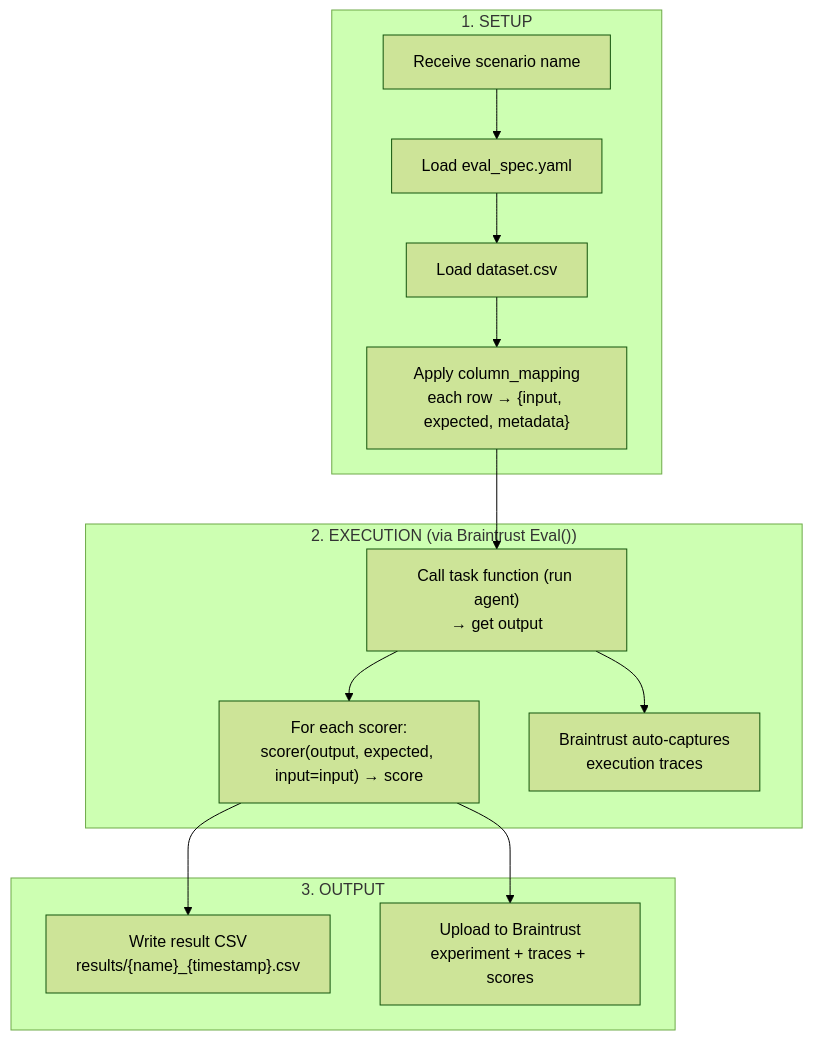
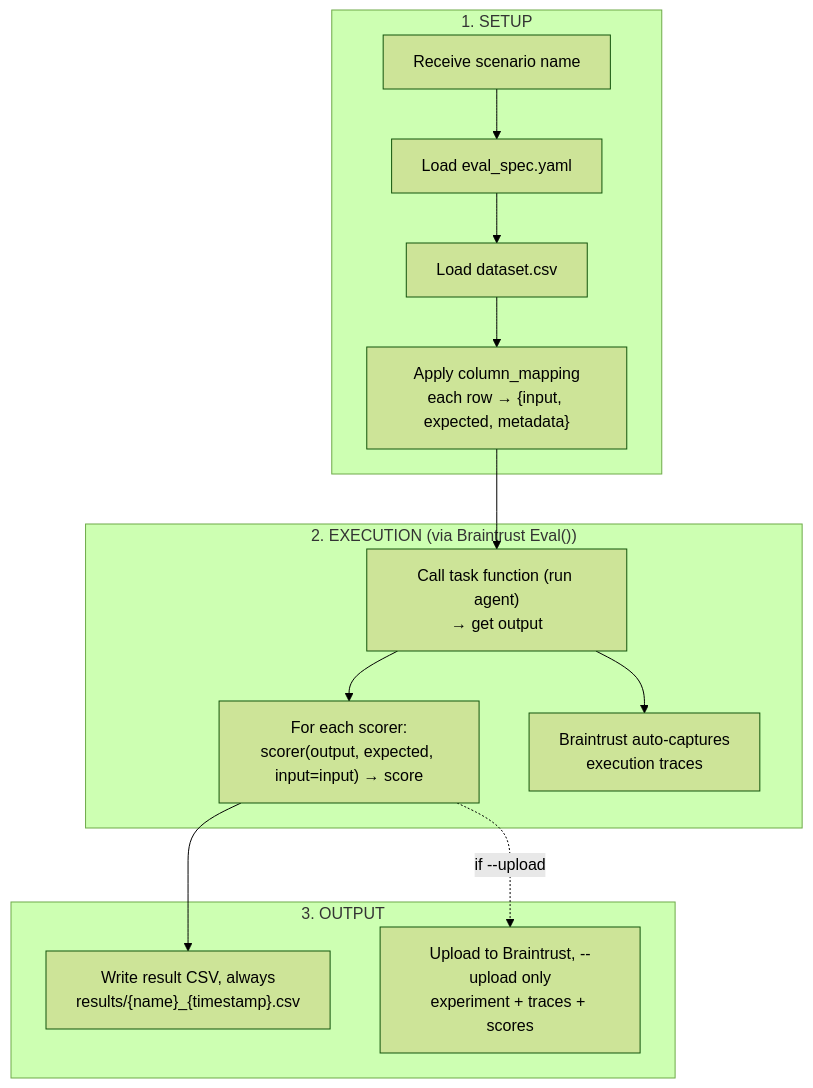
Before and after one commit to wei-yiting/fin-lab-x: the second of 3 diagrams in backend/evals/ARCHITECTURE.md, drawn with Mermaid (forest theme). The commit also changed other lines of this file and 7 other files, not shown here.

````diff
--- a/backend/evals/ARCHITECTURE.md
+++ b/backend/evals/ARCHITECTURE.md
@@ -28,27 +28,27 @@
 ```mermaid
 graph TD
     subgraph Setup["1. SETUP"]
         Name["Receive scenario name"]
         ReadConfig["Load eval_spec.yaml"]
         ReadCSV["Load dataset.csv"]
         Transform["Apply column_mapping<br/>each row → {input, expected, metadata}"]
         Name --> ReadConfig --> ReadCSV --> Transform
     end
 
     subgraph Execution["2. EXECUTION (via Braintrust Eval())"]
         Task["Call task function (run agent)<br/>→ get output"]
         Score["For each scorer:<br/>scorer(output, expected, input=input) → score"]
         Trace["Braintrust auto-captures<br/>execution traces"]
         Task --> Score
         Task --> Trace
     end
 
     subgraph Output["3. OUTPUT"]
-        CSV2["Write result CSV<br/>results/{name}_{timestamp}.csv"]
-        BT["Upload to Braintrust<br/>experiment + traces + scores"]
+        CSV2["Write result CSV, always<br/>results/{name}_{timestamp}.csv"]
+        BT["Upload to Braintrust, --upload only<br/>experiment + traces + scores"]
     end
 
     Transform --> Task
     Score --> CSV2
-    Score --> BT
+    Score -.->|"if --upload"| BT
 ```
````
